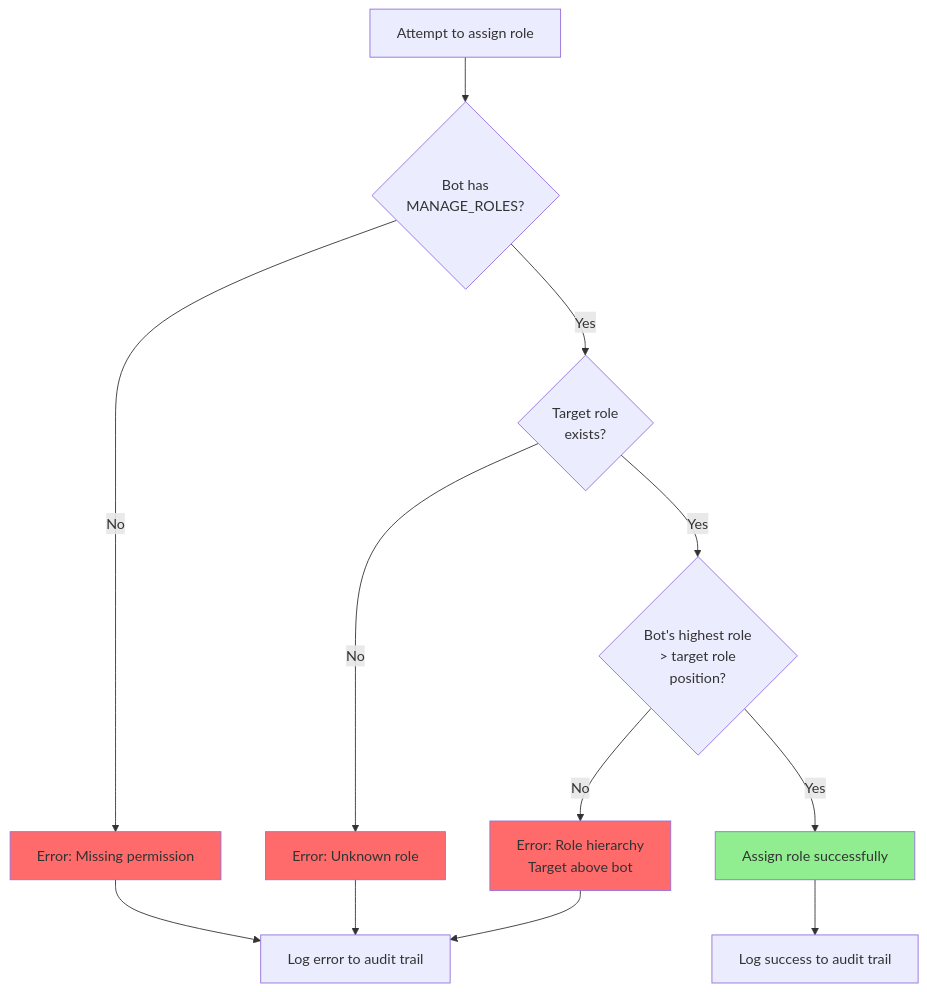
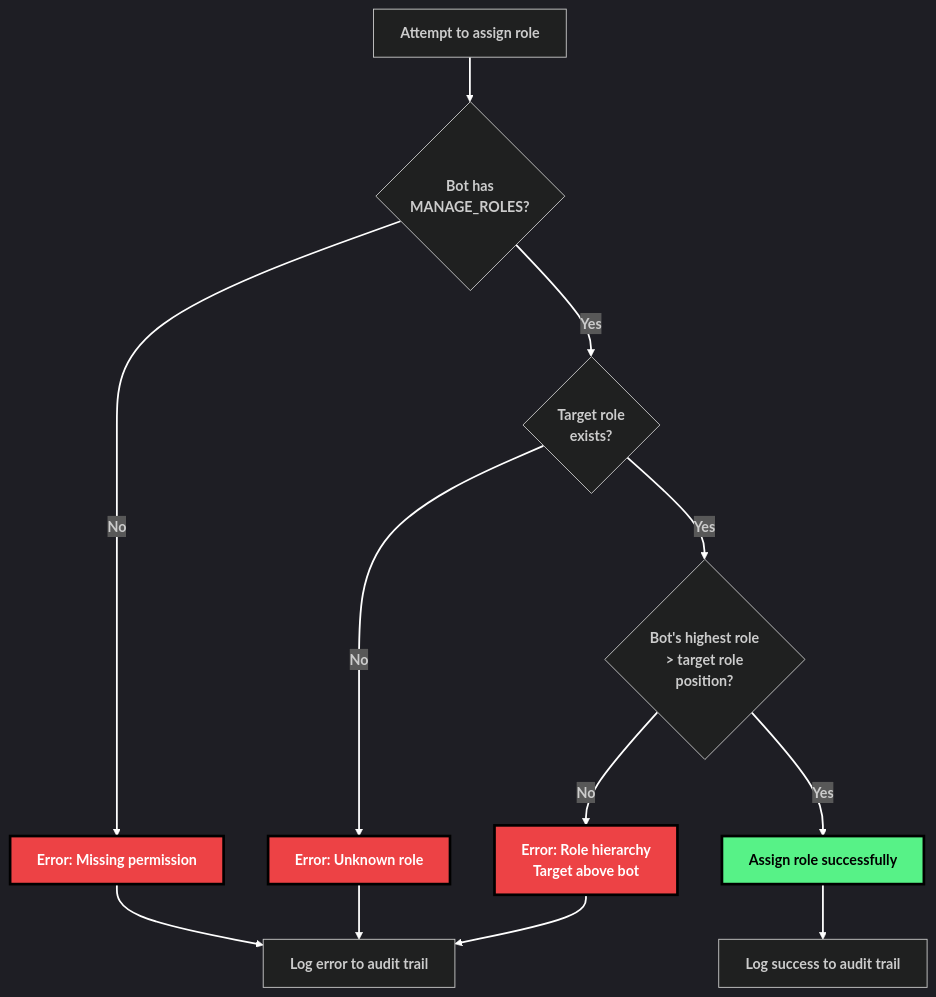
Before and after one commit to watchthelight/pawtech-v2: the ninth of 9 diagrams in docs/roadmap/ROLE_AUTOMATION_PLAN.md, drawn with Mermaid. The commit also changed other lines of this file, not shown here.

Commit message:
Chart visibility updates

````diff
--- a/docs/roadmap/ROLE_AUTOMATION_PLAN.md
+++ b/docs/roadmap/ROLE_AUTOMATION_PLAN.md
@@ -892,20 +916,23 @@
 ```mermaid
+%%{init: {'theme':'dark', 'themeVariables': { 'fontSize':'16px'}}}%%
 flowchart TD
-    A[Attempt to assign role] --> B{Bot has<br/>MANAGE_ROLES?}
-    B -->|No| C[Error: Missing permission]
-    B -->|Yes| D{Target role<br/>exists?}
-    D -->|No| E[Error: Unknown role]
-    D -->|Yes| F{Bot's highest role<br/>> target role<br/>position?}
-    F -->|No| G[Error: Role hierarchy<br/>Target above bot]
-    F -->|Yes| H[Assign role successfully]
+    A["<b>Attempt to assign role</b>"] --> B{"<b>Bot has<br/>MANAGE_ROLES?</b>"}
+    B -->|"<b>No</b>"| C["<b>Error: Missing permission</b>"]
+    B -->|"<b>Yes</b>"| D{"<b>Target role<br/>exists?</b>"}
+    D -->|"<b>No</b>"| E["<b>Error: Unknown role</b>"]
+    D -->|"<b>Yes</b>"| F{"<b>Bot's highest role<br/>> target role<br/>position?</b>"}
+    F -->|"<b>No</b>"| G["<b>Error: Role hierarchy<br/>Target above bot</b>"]
+    F -->|"<b>Yes</b>"| H["<b>Assign role successfully</b>"]
 
-    C --> I[Log error to audit trail]
+    C --> I["<b>Log error to audit trail</b>"]
     E --> I
     G --> I
-    H --> J[Log success to audit trail]
+    H --> J["<b>Log success to audit trail</b>"]
 
-    style C fill:#FF6B6B
-    style E fill:#FF6B6B
-    style G fill:#FF6B6B
-    style H fill:#90EE90
+    style C fill:#ED4245,stroke:#000,stroke-width:3px,color:#fff
+    style E fill:#ED4245,stroke:#000,stroke-width:3px,color:#fff
+    style G fill:#ED4245,stroke:#000,stroke-width:3px,color:#fff
+    style H fill:#57F287,stroke:#000,stroke-width:3px,color:#000
+
+    linkStyle default stroke:#fff,stroke-width:2px
 ```
````
